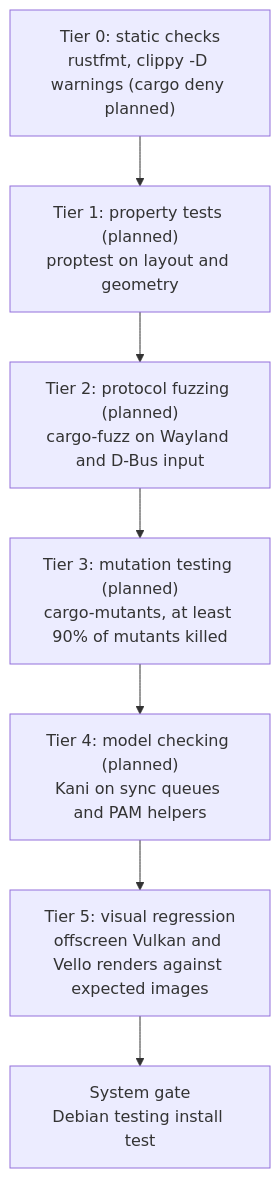
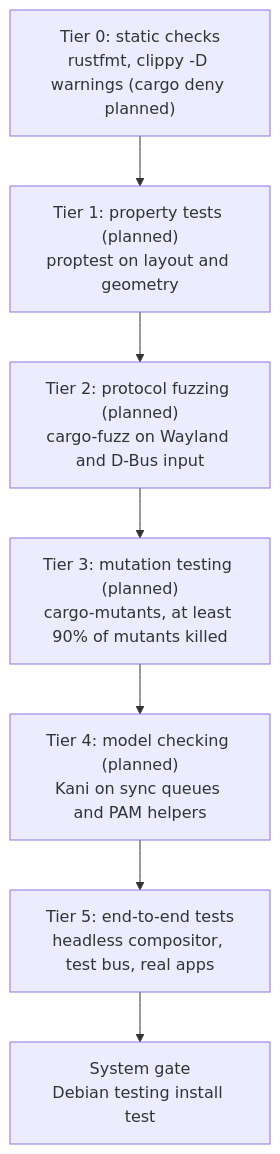
One commit to bande-linux/desktop changed the diagram in docs/architecture/ci.md. Above: the diagram before and after it, drawn with Mermaid. The commit also changed other lines of this file and 539 other files, not shown here.

Commit message:
Keep only the listed tests and remove every golden test, golden image and golden helper

````diff
--- a/docs/architecture/ci.md
+++ b/docs/architecture/ci.md
@@ -148,10 +124,10 @@
 ```mermaid
 flowchart TD
     T0["Tier 0: static checks<br/>rustfmt, clippy -D warnings (cargo deny planned)"] --> T1
     T1["Tier 1: property tests (planned)<br/>proptest on layout and geometry"] --> T2
     T2["Tier 2: protocol fuzzing (planned)<br/>cargo-fuzz on Wayland and D-Bus input"] --> T3
     T3["Tier 3: mutation testing (planned)<br/>cargo-mutants, at least 90% of mutants killed"] --> T4
     T4["Tier 4: model checking (planned)<br/>Kani on sync queues and PAM helpers"] --> T5
-    T5["Tier 5: visual regression<br/>offscreen Vulkan and Vello renders against expected images"] --> VM
+    T5["Tier 5: end-to-end tests<br/>headless compositor, test bus, real apps"] --> VM
     VM["System gate<br/>Debian testing install test"]
 ```
````
